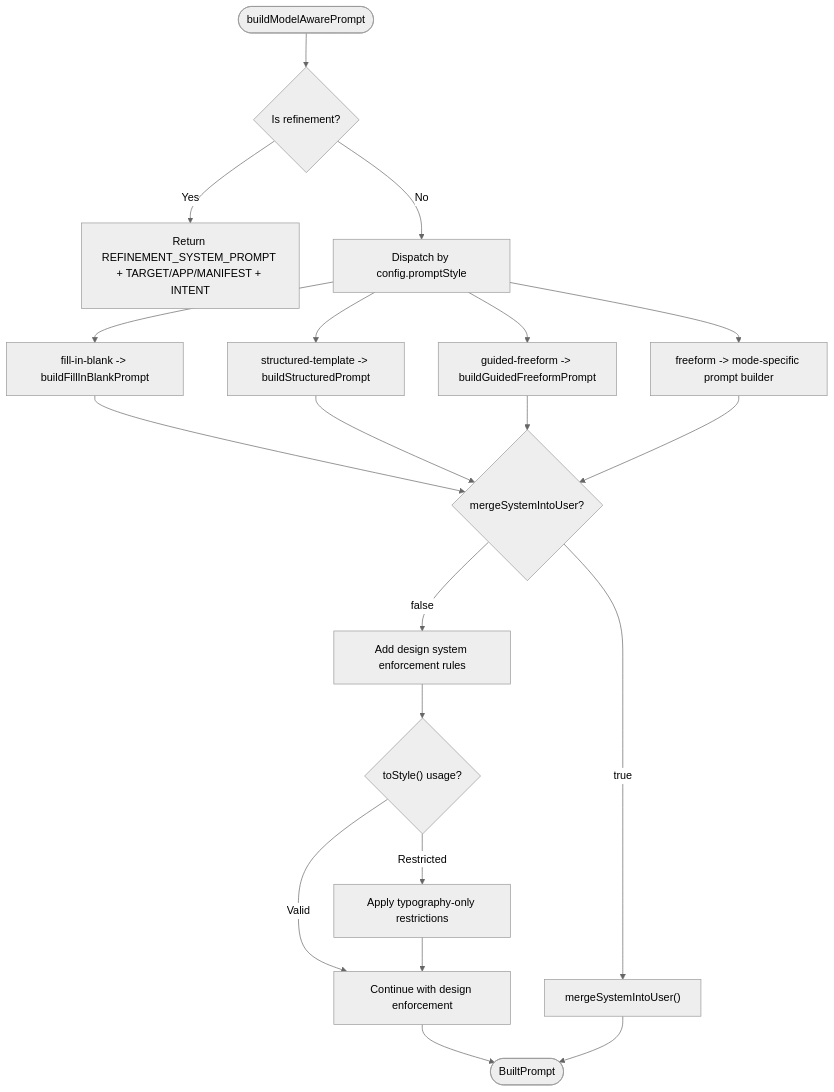
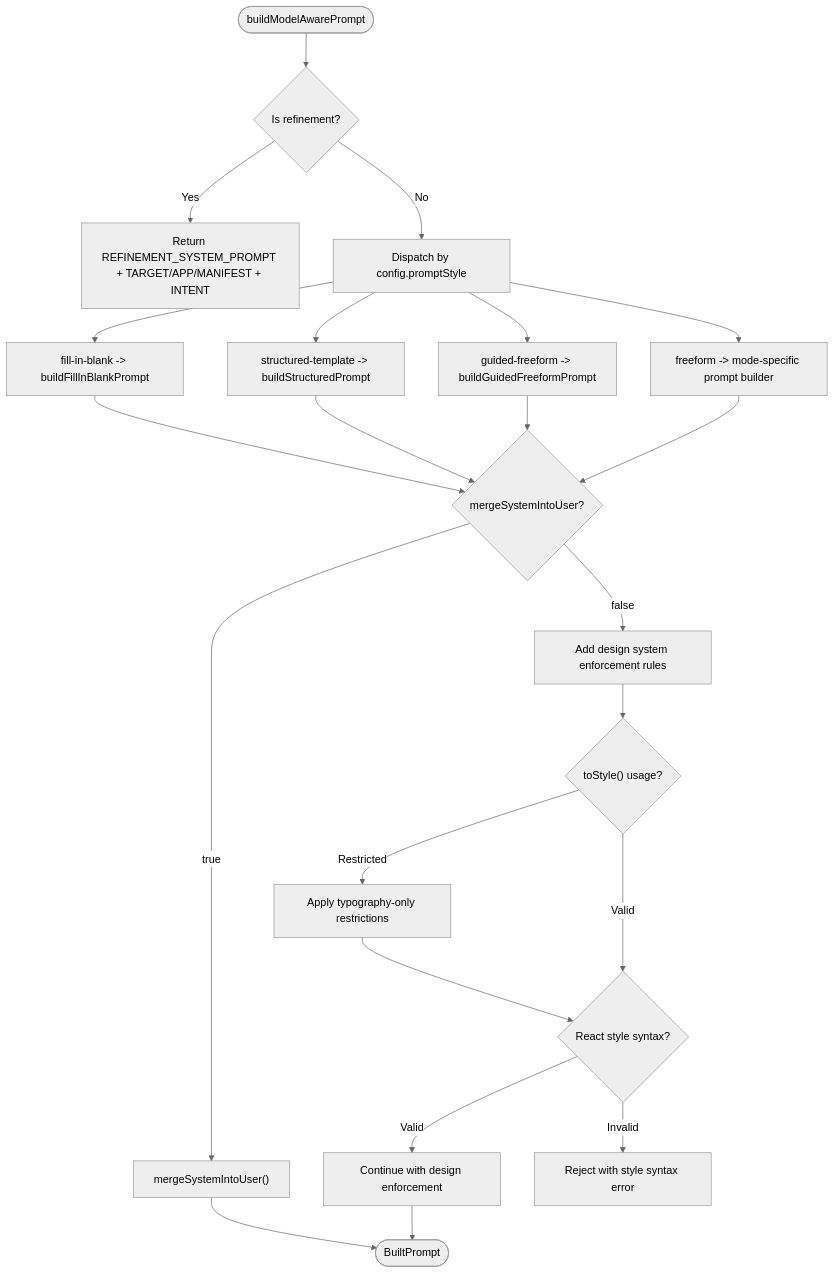
The third of 12 diagrams in .qoder/repowiki/en/content/AI Generation Engine/Core Generation Pipeline/Prompt Engineering & Context Injection.md (shekhargiri005-dotcom/AI-powered-accessibility-first-UI-engine), drawn with Mermaid (neutral theme) before and after one commit. The commit also changed other lines of this file and 8 other files, not shown here.

````diff
--- a/.qoder/repowiki/en/content/AI Generation Engine/Core Generation Pipeline/Prompt Engineering & Context Injection.md
+++ b/.qoder/repowiki/en/content/AI Generation Engine/Core Generation Pipeline/Prompt Engineering & Context Injection.md
@@ -212,22 +232,24 @@
 ```mermaid
 flowchart TD
 Start(["buildModelAwarePrompt"]) --> CheckRefine{"Is refinement?"}
 CheckRefine --> |Yes| ReturnRefine["Return REFINEMENT_SYSTEM_PROMPT + TARGET/APP/MANIFEST + INTENT"]
 CheckRefine --> |No| PickStrategy["Dispatch by config.promptStyle"]
 PickStrategy --> FIB["fill-in-blank -> buildFillInBlankPrompt"]
 PickStrategy --> STR["structured-template -> buildStructuredPrompt"]
 PickStrategy --> GFF["guided-freeform -> buildGuidedFreeformPrompt"]
 PickStrategy --> FRM["freeform -> mode-specific prompt builder"]
 FIB --> Merge{"mergeSystemIntoUser?"}
 STR --> Merge
 GFF --> Merge
 FRM --> Merge
 Merge --> |true| MergeSys["mergeSystemIntoUser()"]
 Merge --> |false| AddDesignEnforcement["Add design system enforcement rules"]
 AddDesignEnforcement --> CheckToStyle{"toStyle() usage?"}
 CheckToStyle --> |Restricted| ApplyRestrictions["Apply typography-only restrictions"]
-CheckToStyle --> |Valid| Continue["Continue with design enforcement"]
-ApplyRestrictions --> Continue
+CheckToStyle --> |Valid| CheckStyleSyntax{"React style syntax?"}
+ApplyRestrictions --> CheckStyleSyntax
+CheckStyleSyntax --> |Valid| Continue["Continue with design enforcement"]
+CheckStyleSyntax --> |Invalid| Reject["Reject with style syntax error"]
 Continue --> Done(["BuiltPrompt"])
 MergeSys --> Done
 ```
````
